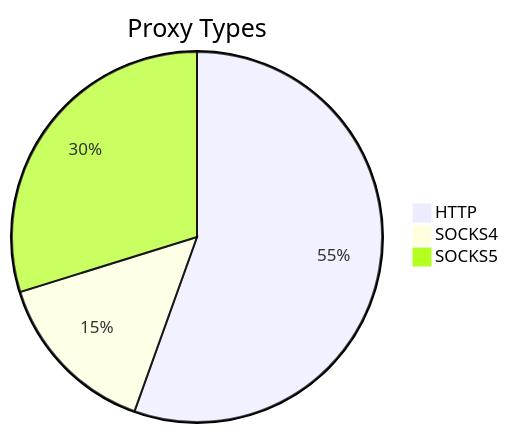
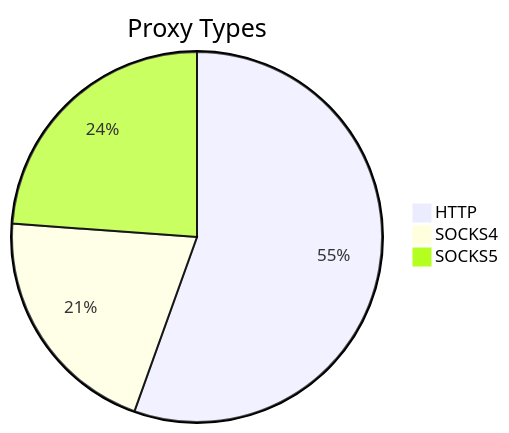
The first of 2 diagrams in README.md (stormsia/proxy-list), drawn with Mermaid before and after one commit. The commit also changed other lines of this file, not shown here.

````diff
--- a/README.md
+++ b/README.md
@@ -21,6 +21,6 @@
 ```mermaid
 pie title Proxy Types
-    "HTTP" : 162
-    "SOCKS4" : 43
-    "SOCKS5" : 87
+    "HTTP" : 349
+    "SOCKS4" : 130
+    "SOCKS5" : 150
 ```
````
